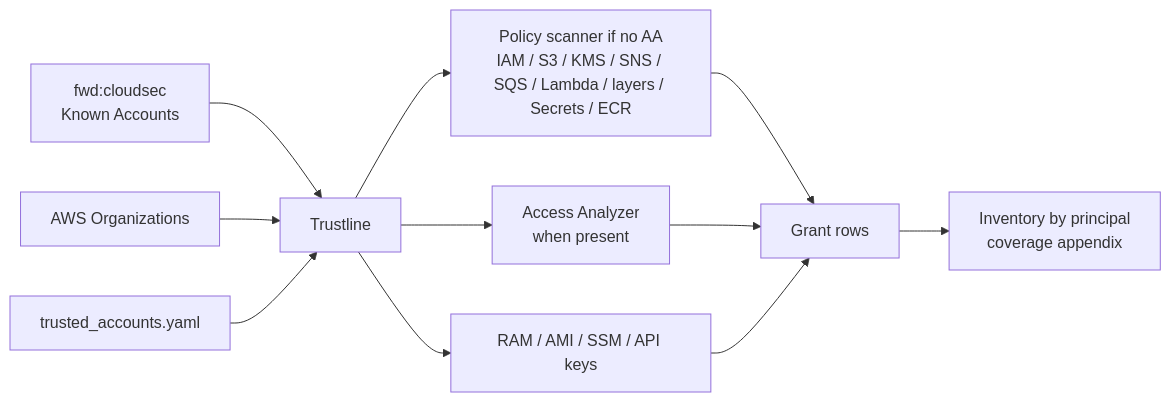
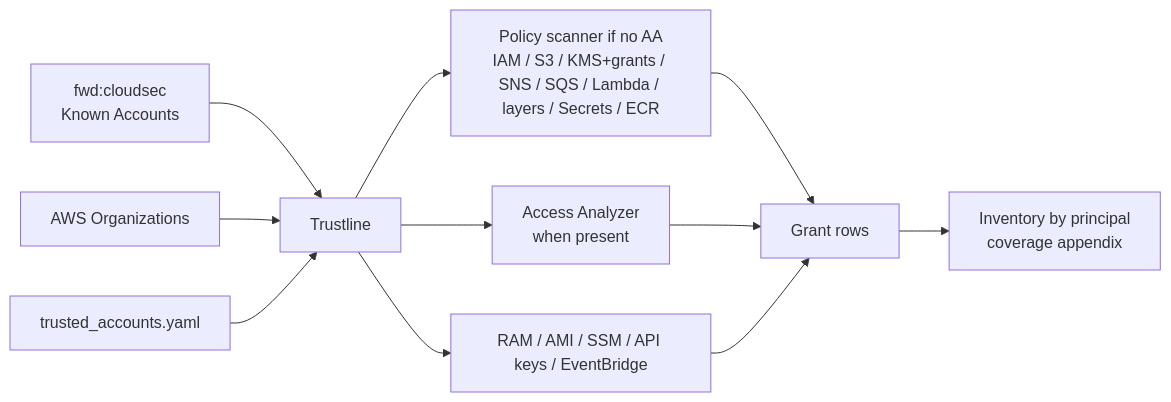
The diagram in README.md (zoph-io/aws-trustline), drawn with Mermaid before and after one commit. The commit also changed other lines of this file and 6 other files, not shown here.

First line of the commit message:
feat: walk KMS ListGrants and EventBridge bus policies

````diff
--- a/README.md
+++ b/README.md
@@ -93,13 +93,13 @@
 ```mermaid
 flowchart LR
     A["fwd:cloudsec<br/>Known Accounts"] --> D[Trustline]
     B[AWS Organizations] --> D
     C[trusted_accounts.yaml] --> D
-    D --> P["Policy scanner if no AA<br/>IAM / S3 / KMS / SNS / SQS / Lambda / layers / Secrets / ECR"]
+    D --> P["Policy scanner if no AA<br/>IAM / S3 / KMS+grants / SNS / SQS / Lambda / layers / Secrets / ECR"]
     D --> AA["Access Analyzer<br/>when present"]
-    D --> X["RAM / AMI / SSM / API keys"]
+    D --> X["RAM / AMI / SSM / API keys / EventBridge"]
     P --> G["Grant rows"]
     AA --> G
     X --> G
     G --> R["Inventory by principal<br/>coverage appendix"]
 ```
````
